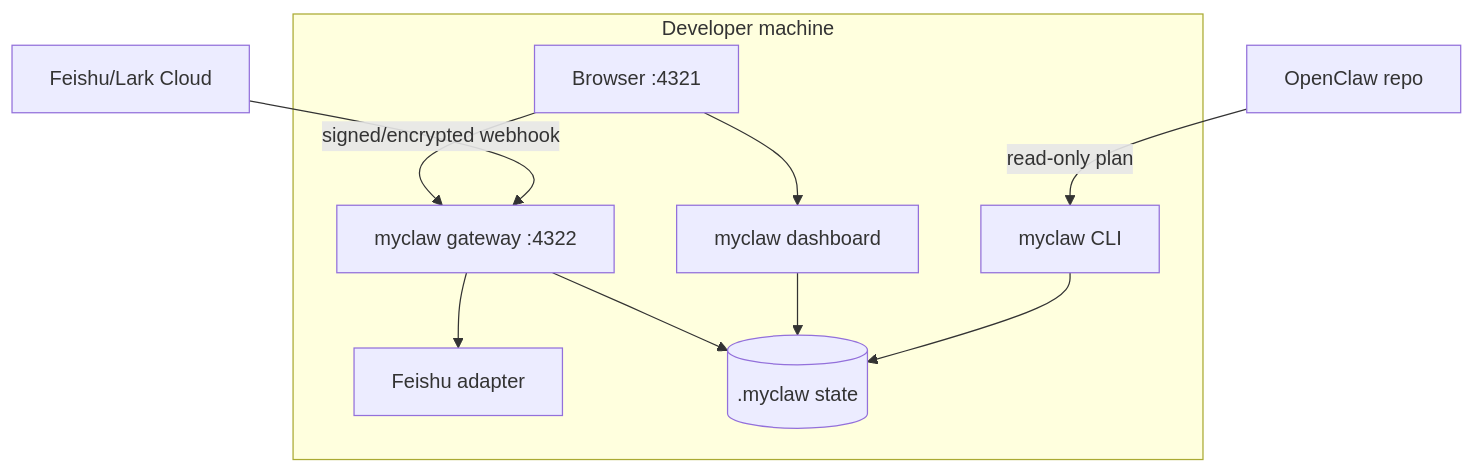
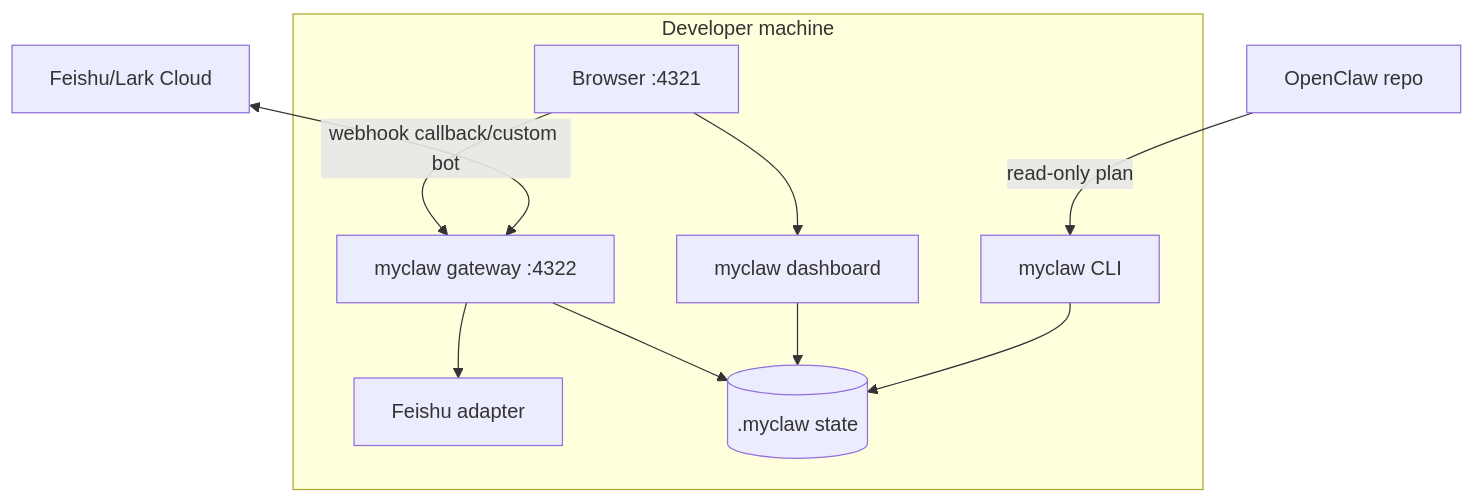
One commit to mayf3/myclaw changed the eighth of 8 diagrams in docs/implementation-architecture.md. Above: the diagram before and after it, drawn with Mermaid. The commit also changed other lines of this file and 29 other files, not shown here.

````diff
--- a/docs/implementation-architecture.md
+++ b/docs/implementation-architecture.md
@@ -256,13 +239,13 @@
 ```mermaid
 flowchart TB
   subgraph Localhost[Developer machine]
     Browser[Browser :4321] --> Dashboard[myclaw dashboard]
     Browser --> Gateway[myclaw gateway :4322]
     Gateway --> Adapter[Feishu adapter]
     Gateway --> State[(.myclaw state)]
     Dashboard --> State
     CLI[myclaw CLI] --> State
   end
-  Feishu[Feishu/Lark Cloud] -->|signed/encrypted webhook| Gateway
+  Feishu[Feishu/Lark Cloud] <-->|webhook callback/custom bot| Gateway
   OpenClawRepo[OpenClaw repo] -->|read-only plan| CLI
 ```
````
